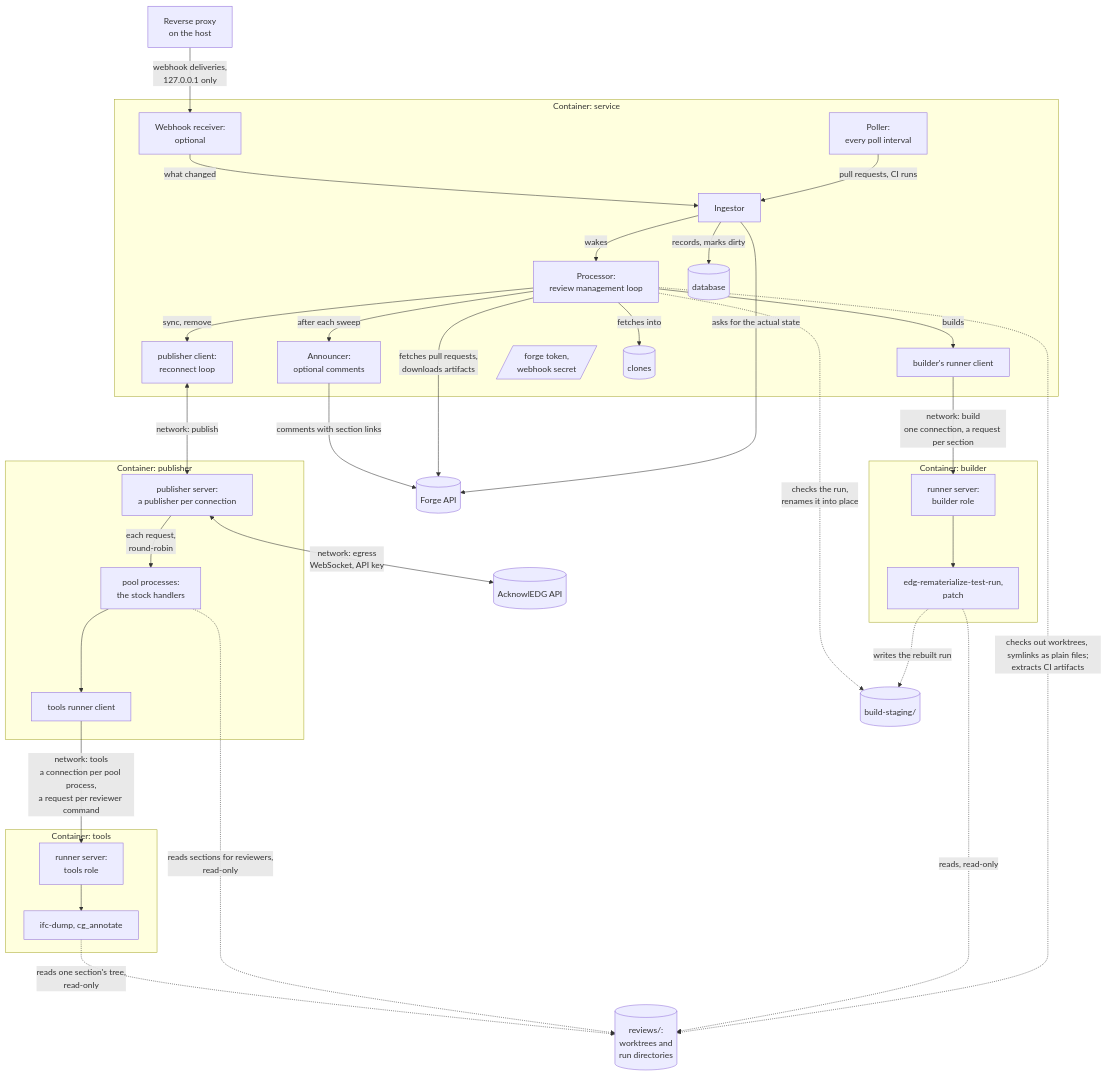
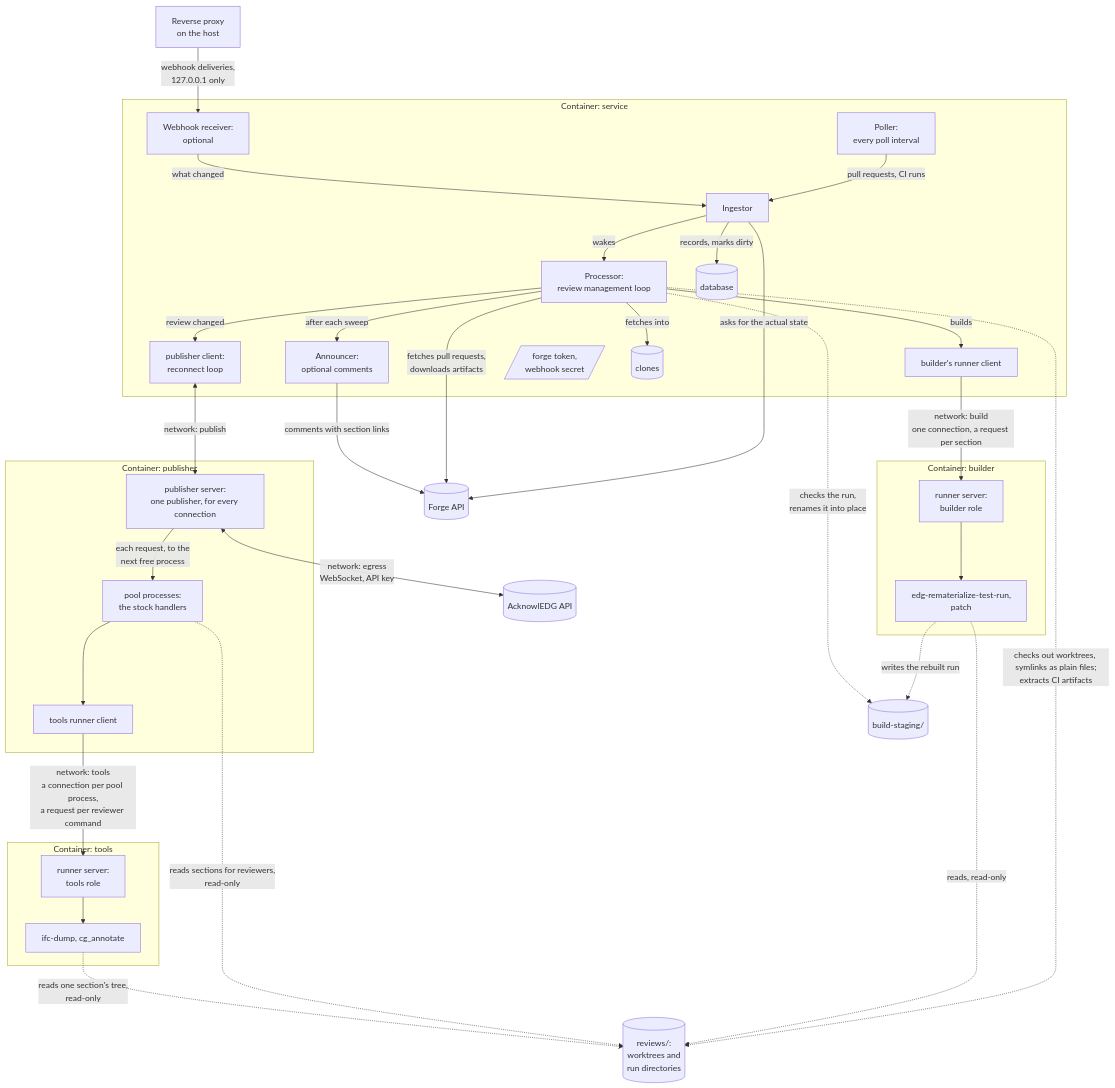
Before and after one commit to edgcpp/compiler: the first of 7 diagrams in dev_tools/services/acknowledg-forge/SANDBOXING.md, drawn with Mermaid. The commit also changed other lines of this file and 36 other files, not shown here.

````diff
--- a/dev_tools/services/acknowledg-forge/SANDBOXING.md
+++ b/dev_tools/services/acknowledg-forge/SANDBOXING.md
@@ -47,58 +47,58 @@
 ```mermaid
 flowchart TB
   forge[(Forge API)]
   acknowledg[(AcknowlEDG API)]
   proxy[Reverse proxy<br/>on the host]
 
   subgraph service [Container: service]
     poller[Poller:<br/>every poll interval]
     webhooks[Webhook receiver:<br/>optional]
     ingestor[Ingestor]
     processor[Processor:<br/>review management loop]
     announcer[Announcer:<br/>optional comments]
     publisherclient[publisher client:<br/>reconnect loop]
     builderclient[builder's runner client]
     secrets[/forge token,<br/>webhook secret/]
     db[(database)]
     clones[(clones)]
   end
 
   subgraph builder [Container: builder]
     buildrunner[runner server:<br/>builder role] --> rematerialize[edg-rematerialize-test-run,<br/>patch]
   end
 
   subgraph publisher [Container: publisher]
-    publisherserver[publisher server:<br/>a publisher per connection] -->|each request,<br/>round-robin| poolprocess[pool processes:<br/>the stock handlers]
+    publisherserver[publisher server:<br/>one publisher, for every connection] -->|each request, to the<br/>next free process| poolprocess[pool processes:<br/>the stock handlers]
     poolprocess --> toolsclient[tools runner client]
   end
 
   subgraph tools [Container: tools]
     toolsrunner[runner server:<br/>tools role] --> commands[ifc-dump, cg_annotate]
   end
 
   reviews[(reviews/:<br/>worktrees and<br/>run directories)]
   staging[(build-staging/)]
 
   proxy -->|webhook deliveries,<br/>127.0.0.1 only| webhooks
   poller -->|pull requests, CI runs| ingestor
   webhooks -->|what changed| ingestor
   ingestor -->|asks for the actual state| forge
   ingestor -->|records, marks dirty| db
   ingestor -->|wakes| processor
   processor -->|fetches into| clones
   processor -->|fetches pull requests,<br/>downloads artifacts| forge
   processor -.->|checks out worktrees, symlinks as plain files;<br/>extracts CI artifacts| reviews
   processor -->|builds| builderclient
   builderclient -->|network: build<br/>one connection, a request per section| buildrunner
   rematerialize -.->|reads, read-only| reviews
   rematerialize -.->|writes the rebuilt run| staging
   processor -.->|checks the run,<br/>renames it into place| staging
-  processor -->|sync, remove| publisherclient
+  processor -->|review changed| publisherclient
   processor -->|after each sweep| announcer
   announcer -->|comments with section links| forge
   publisherclient <-->|network: publish| publisherserver
   publisherserver <-->|network: egress<br/>WebSocket, API key| acknowledg
   poolprocess -.->|reads sections for reviewers,<br/>read-only| reviews
   toolsclient -->|network: tools<br/>a connection per pool process,<br/>a request per reviewer command| toolsrunner
   commands -.->|reads one section's tree,<br/>read-only| reviews
 ```
````
